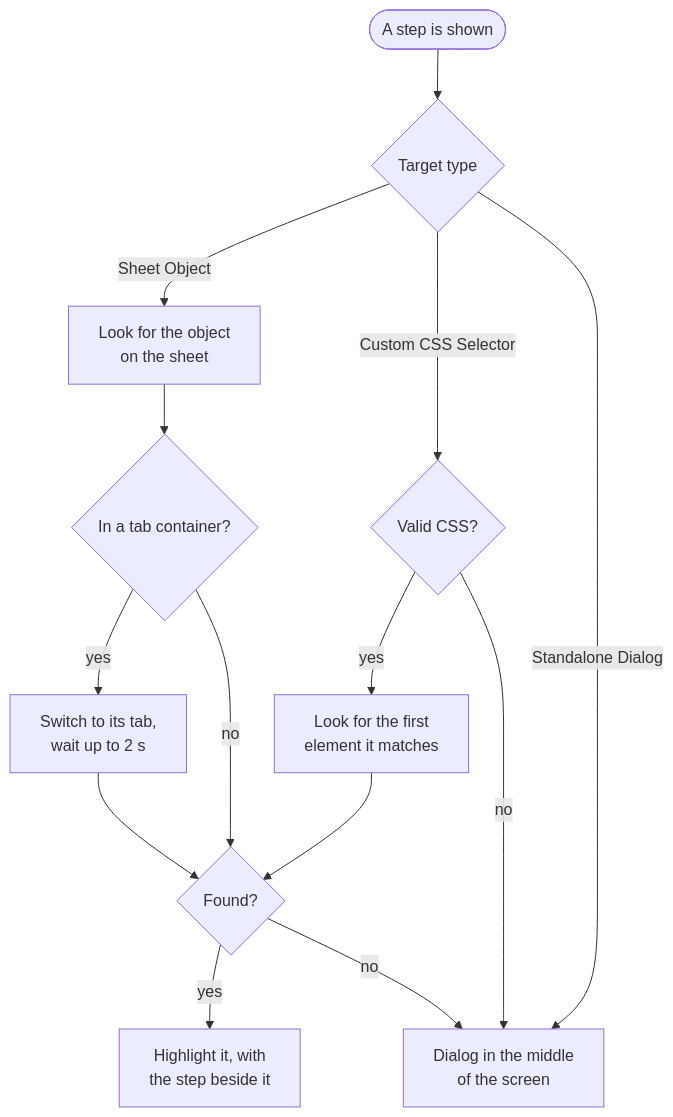
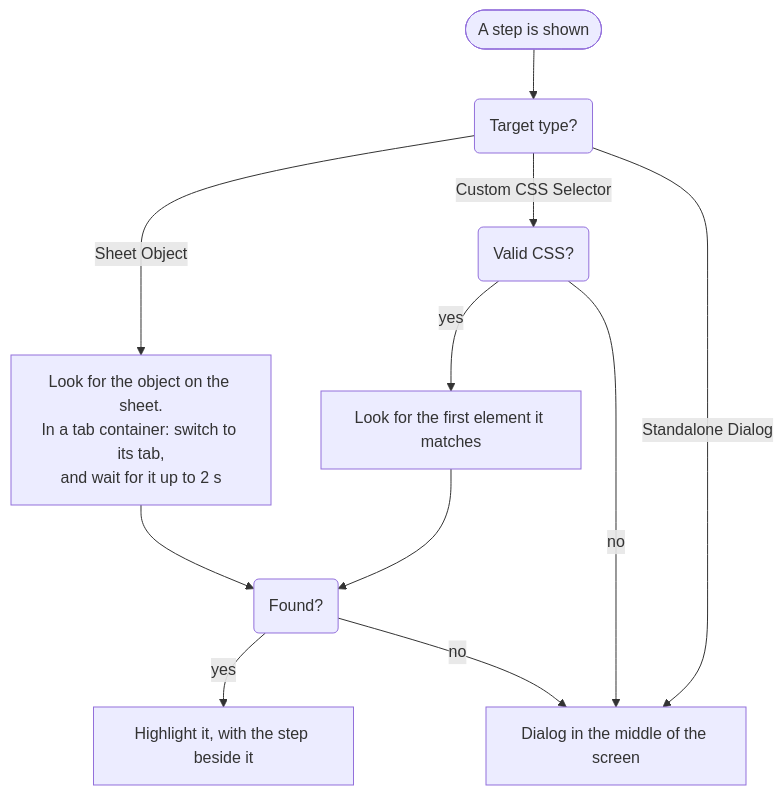
The fifth of 5 diagrams in README.md (ptarmiganlabs/onboard.qs), drawn with Mermaid before and after one commit. The commit also changed other lines of this file, not shown here.

First line of the commit message:
docs(readme): make the auto-start and target diagrams shorter

````diff
--- a/README.md
+++ b/README.md
@@ -716,15 +716,13 @@
 ```mermaid
 flowchart TD
-    S([A step is shown]) --> T{Target type}
-    T -- Sheet Object --> O[Look for the object<br/>on the sheet]
-    O --> TC{In a tab container?}
-    TC -- yes --> SW[Switch to its tab,<br/>wait up to 2 s]
-    SW --> F{Found?}
-    TC -- no --> F
-    T -- Custom CSS Selector --> V{Valid CSS?}
-    V -- yes --> Q[Look for the first<br/>element it matches] --> F
+    S([A step is shown]) --> T(Target type?)
+    T -- Sheet Object --> O[Look for the object on the sheet.<br/>In a tab container: switch to its tab,<br/>and wait for it up to 2 s]
+    T -- Custom CSS Selector --> V(Valid CSS?)
+    V -- yes --> Q[Look for the first element it matches]
+    O --> F(Found?)
+    Q --> F
+    F -- yes --> H[Highlight it, with the step beside it]
+    F -- no --> C[Dialog in the middle of the screen]
     V -- no --> C
-    T -- Standalone Dialog --> C[Dialog in the middle<br/>of the screen]
-    F -- yes --> H[Highlight it, with<br/>the step beside it]
-    F -- no --> C
+    T -- Standalone Dialog --> C
 ```
````
